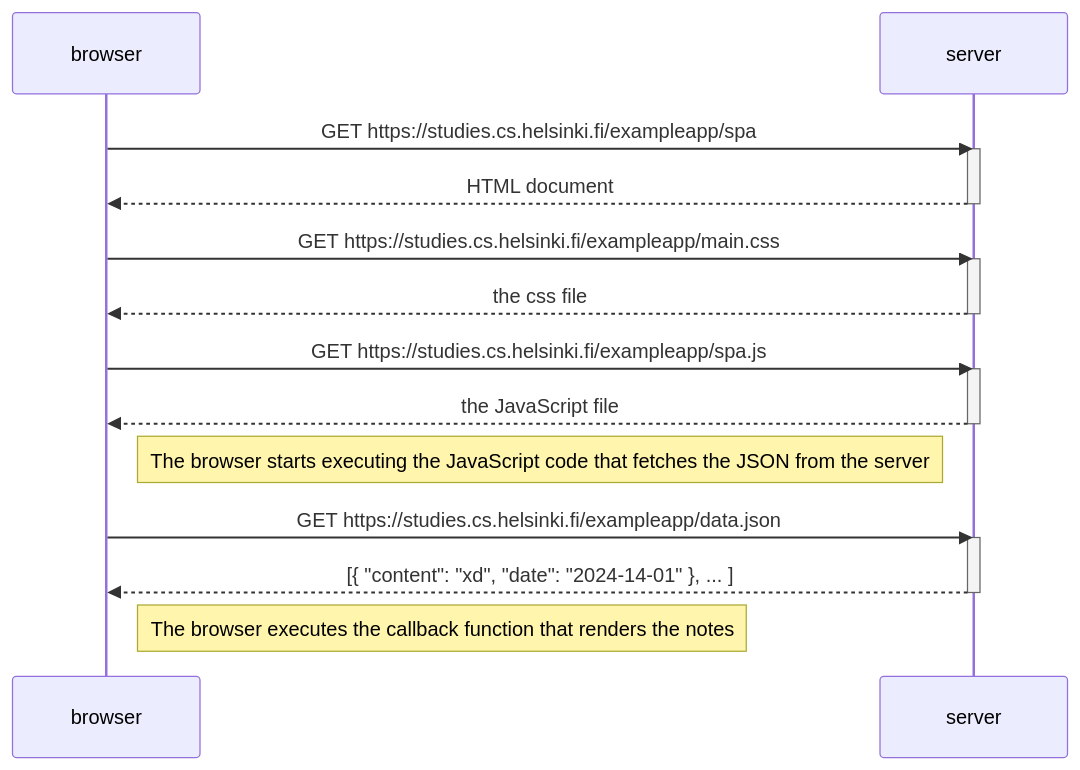
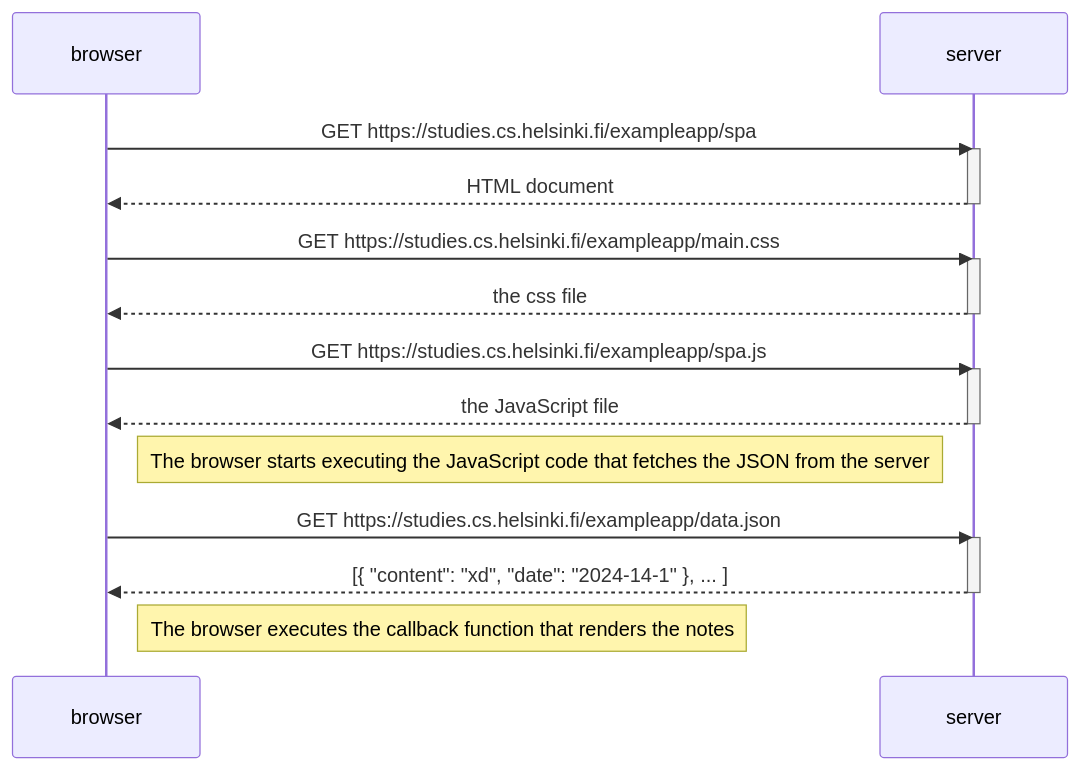
The diagram in sekvenssikaavio2.md (Juhok1/Juhosrepository), drawn with Mermaid before and after one commit.

````diff
--- a/sekvenssikaavio2.md
+++ b/sekvenssikaavio2.md
@@ -1,30 +1,30 @@
 ``` mermaid
 
 sequenceDiagram
     participant browser
     participant server
     
     browser->>server: GET https://studies.cs.helsinki.fi/exampleapp/spa
     activate server
     server-->>browser: HTML document
     deactivate server
     
     browser->>server: GET https://studies.cs.helsinki.fi/exampleapp/main.css
     activate server
     server-->>browser: the css file
     deactivate server
     
     browser->>server: GET https://studies.cs.helsinki.fi/exampleapp/spa.js
     activate server
     server-->>browser: the JavaScript file
     deactivate server
     
     Note right of browser: The browser starts executing the JavaScript code that fetches the JSON from the server
     
     browser->>server: GET https://studies.cs.helsinki.fi/exampleapp/data.json
     activate server
-    server-->>browser: [{ "content": "xd", "date": "2024-14-01" }, ... ]
+    server-->>browser: [{ "content": "xd", "date": "2024-14-1" }, ... ]
     deactivate server    
 
     Note right of browser: The browser executes the callback function that renders the notes
 ```
````
